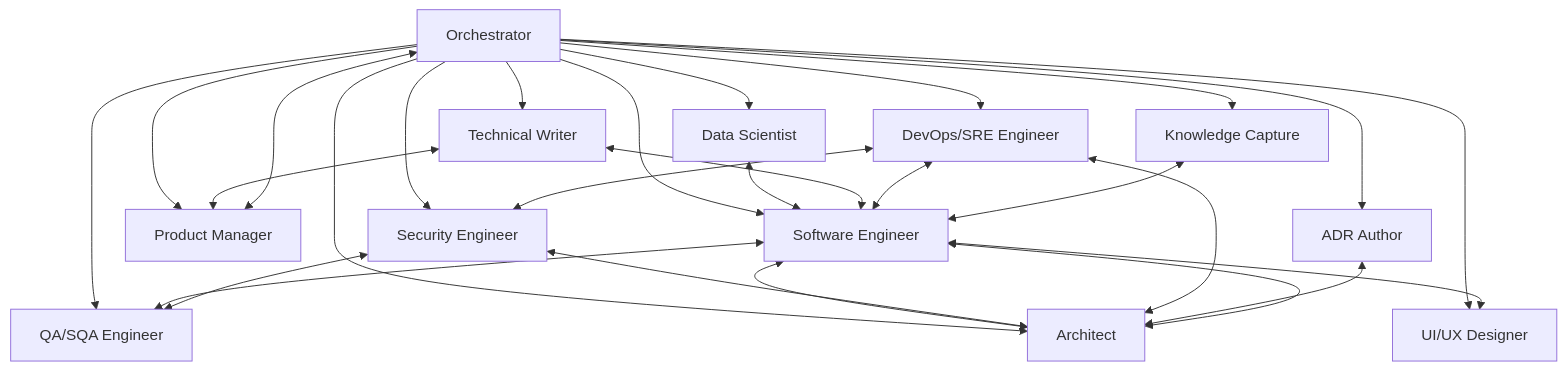
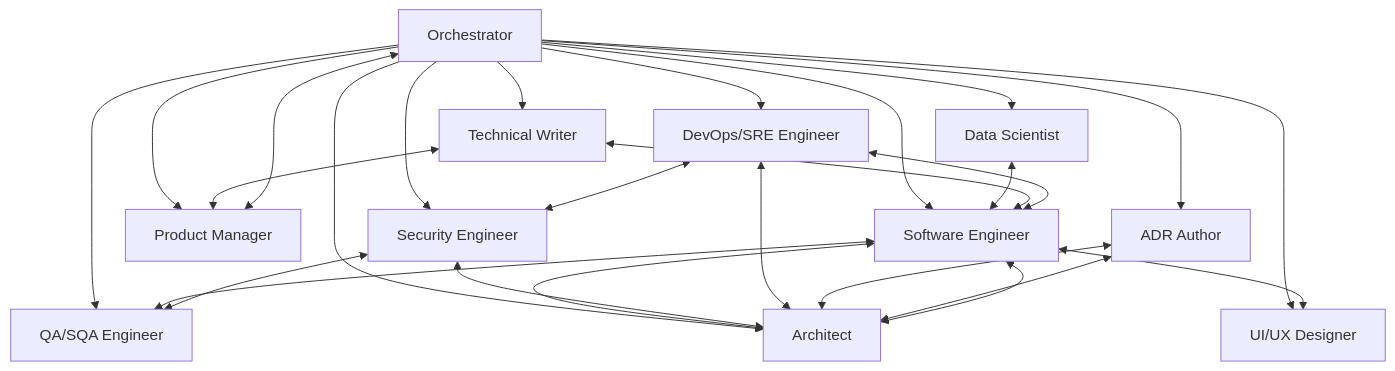
The first of 2 diagrams in docs/team-structure.md (bdfinst/agentic-dev-team), drawn with Mermaid before and after one commit. The commit also changed 61 other files, not shown here.

````diff
--- a/docs/team-structure.md
+++ b/docs/team-structure.md
@@ -5,30 +5,29 @@
 ```mermaid
 graph TD
     CO[Orchestrator] --> SE[Software Engineer]
     CO --> DS[Data Scientist]
     CO --> AR[Architect]
     CO --> QA[QA/SQA Engineer]
     CO --> UX[UI/UX Designer]
     CO --> PM[Product Manager]
     CO --> TW[Technical Writer]
     CO --> SecE[Security Engineer]
     CO --> DO[DevOps/SRE Engineer]
-    CO --> KC[Knowledge Capture]
     CO --> ADR[ADR Author]
 
     SE <--> QA
     SE <--> AR
     SE <--> UX
     DS <--> SE
     PM <--> CO
     AR <--> SE
     TW <--> PM
     TW <--> SE
     SecE <--> AR
     SecE <--> QA
     DO <--> AR
     DO <--> SE
     DO <--> SecE
-    KC <--> SE
+    ADR <--> AR
     ADR <--> AR
 ```
````
